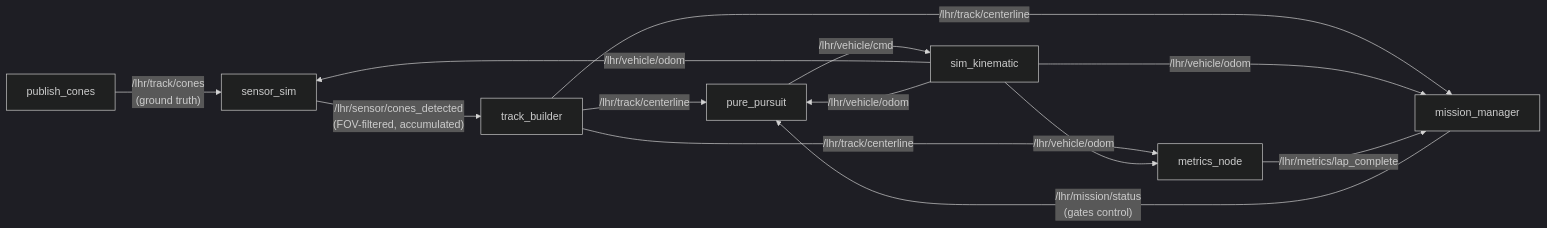
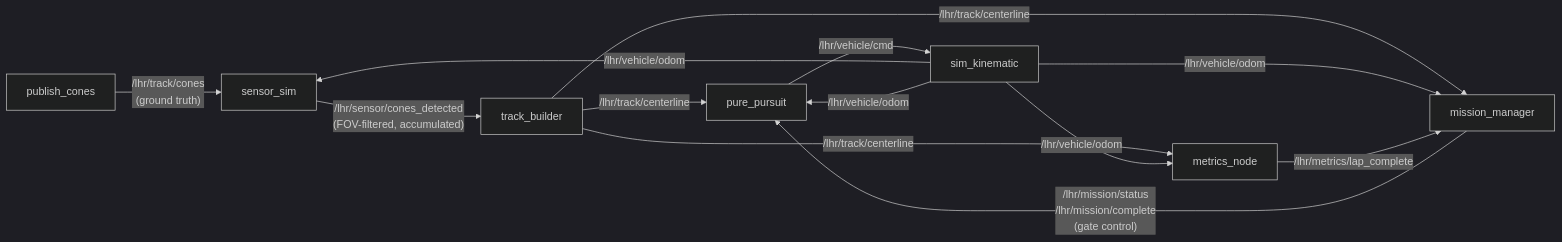
The first of 8 diagrams in autonomy/ros2/README.md (LonghornRacingElectric/lhre), drawn with Mermaid (dark theme) before and after one commit. The commit also changed other lines of this file and 21 other files, not shown here.

````diff
--- a/autonomy/ros2/README.md
+++ b/autonomy/ros2/README.md
@@ -31,15 +31,15 @@
 ```mermaid
 flowchart LR
     trackgen["publish_cones"] -- "/lhr/track/cones<br>(ground truth)" --> sensor["sensor_sim"]
     sensor -- "/lhr/sensor/cones_detected<br>(FOV-filtered, accumulated)" --> builder["track_builder"]
     builder -- "/lhr/track/centerline" --> pursuit["pure_pursuit"]
     builder -- "/lhr/track/centerline" --> mission["mission_manager"]
     builder -- "/lhr/track/centerline" --> metrics["metrics_node"]
-    mission -- "/lhr/mission/status<br>(gates control)" --> pursuit
+    mission -- "/lhr/mission/status<br>/lhr/mission/complete<br>(gate control)" --> pursuit
     pursuit -- "/lhr/vehicle/cmd" --> sim["sim_kinematic"]
     sim -- "/lhr/vehicle/odom" --> sensor
     sim -- "/lhr/vehicle/odom" --> pursuit
     sim -- "/lhr/vehicle/odom" --> mission
     sim -- "/lhr/vehicle/odom" --> metrics
     metrics -- "/lhr/metrics/lap_complete" --> mission
 ```
````
